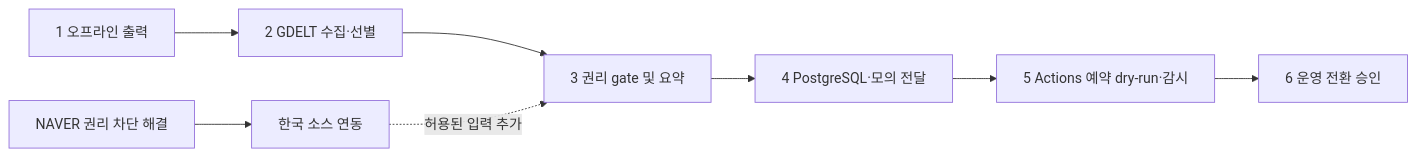
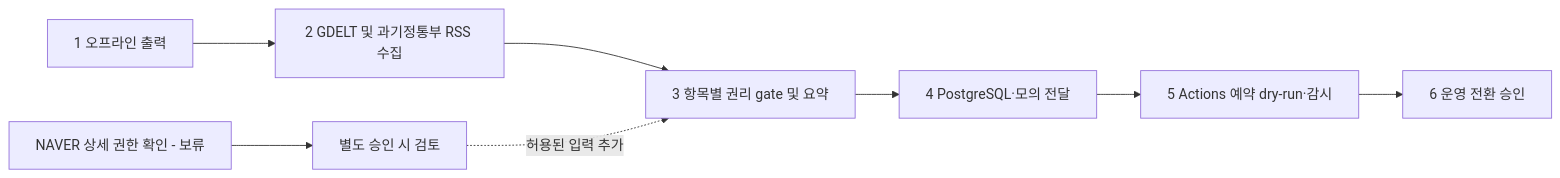
One commit to nuguri12/semiconductor-industry-briefing changed the diagram in docs/development-plan.md. Above: the diagram before and after it, drawn with Mermaid. The commit also changed other lines of this file and 11 other files, not shown here.

````diff
--- a/docs/development-plan.md
+++ b/docs/development-plan.md
@@ -9,10 +11,10 @@
 ```mermaid
 flowchart LR
- A[1 오프라인 출력] --> B[2 GDELT 수집·선별]
- B --> C[3 권리 gate 및 요약]
+ A[1 오프라인 출력] --> B[2 GDELT 및 과기정통부 RSS 수집]
+ B --> C[3 항목별 권리 gate 및 요약]
  C --> D[4 PostgreSQL·모의 전달]
  D --> E[5 Actions 예약 dry-run·감시]
  E --> F[6 운영 전환 승인]
- N[NAVER 권리 차단 해결] --> K[한국 소스 연동]
+ N[NAVER 상세 권한 확인 - 보류] --> K[별도 승인 시 검토]
  K -.허용된 입력 추가.-> C
 ```
````
